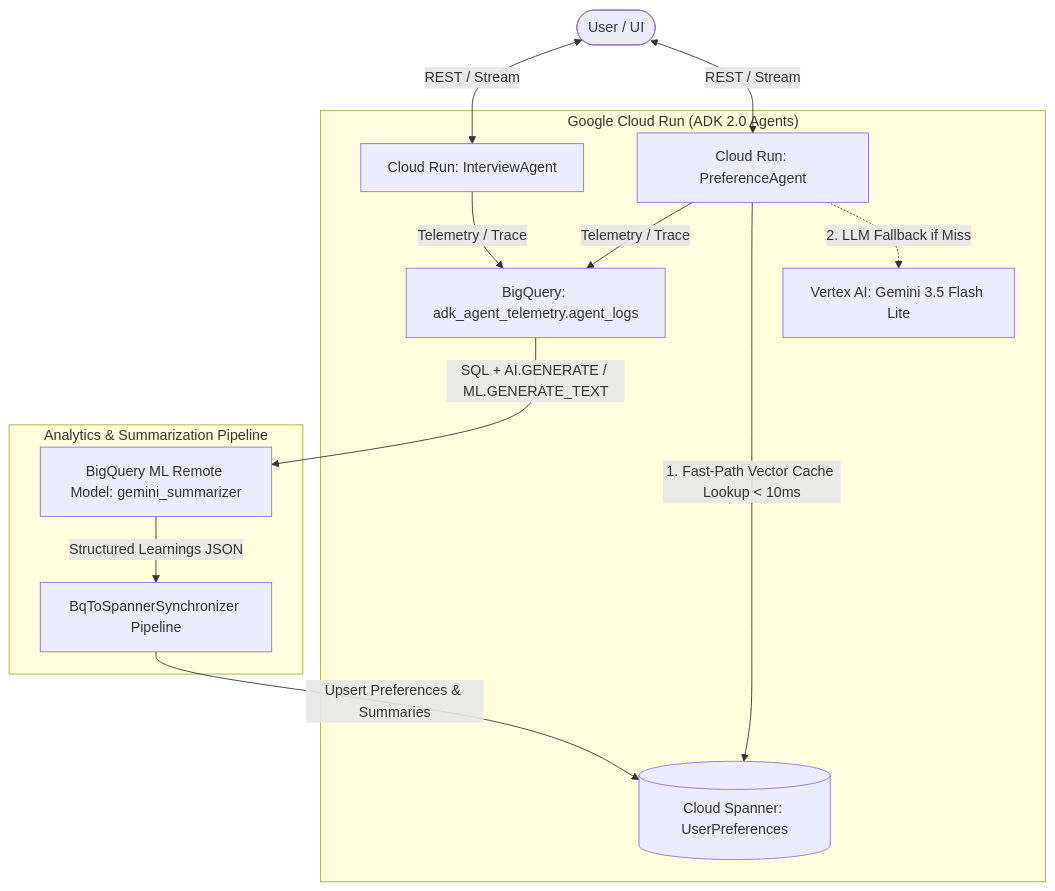
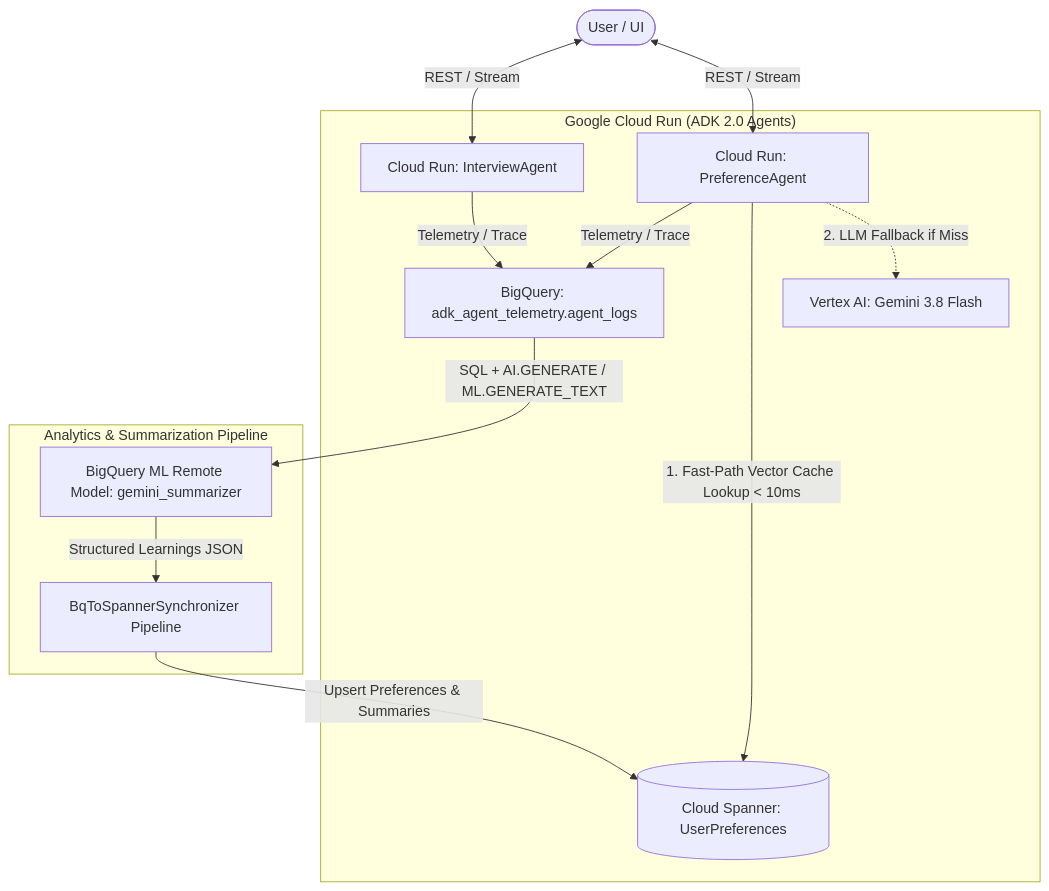
The diagram in README.md (davenportjw/agentic-memory), drawn with Mermaid before and after one commit. The commit also changed other lines of this file and 33 other files, not shown here.

````diff
--- a/README.md
+++ b/README.md
@@ -149,18 +172,18 @@
 ```mermaid
 graph TD
     User([User / UI]) <-->|REST / Stream| CloudRun1[Cloud Run: InterviewAgent]
     User <-->|REST / Stream| CloudRun2[Cloud Run: PreferenceAgent]
     
     subgraph "Google Cloud Run (ADK 2.0 Agents)"
         CloudRun1 -->|Telemetry / Trace| BQ[BigQuery: adk_agent_telemetry.agent_logs]
         CloudRun2 -->|Telemetry / Trace| BQ
         CloudRun2 -->|1. Fast-Path Vector Cache Lookup < 10ms| Spanner[(Cloud Spanner: UserPreferences)]
-        CloudRun2 -.->|2. LLM Fallback if Miss| Gemini[Vertex AI: Gemini 3.5 Flash Lite]
+        CloudRun2 -.->|2. LLM Fallback if Miss| Gemini[Vertex AI: Gemini 3.8 Flash]
     end
     
     subgraph "Analytics & Summarization Pipeline"
         BQ -->|SQL + AI.GENERATE / ML.GENERATE_TEXT| BQAI[BigQuery ML Remote Model: gemini_summarizer]
         BQAI -->|Structured Learnings JSON| Sync[BqToSpannerSynchronizer Pipeline]
         Sync -->|Upsert Preferences & Summaries| Spanner
     end
 ```
````
